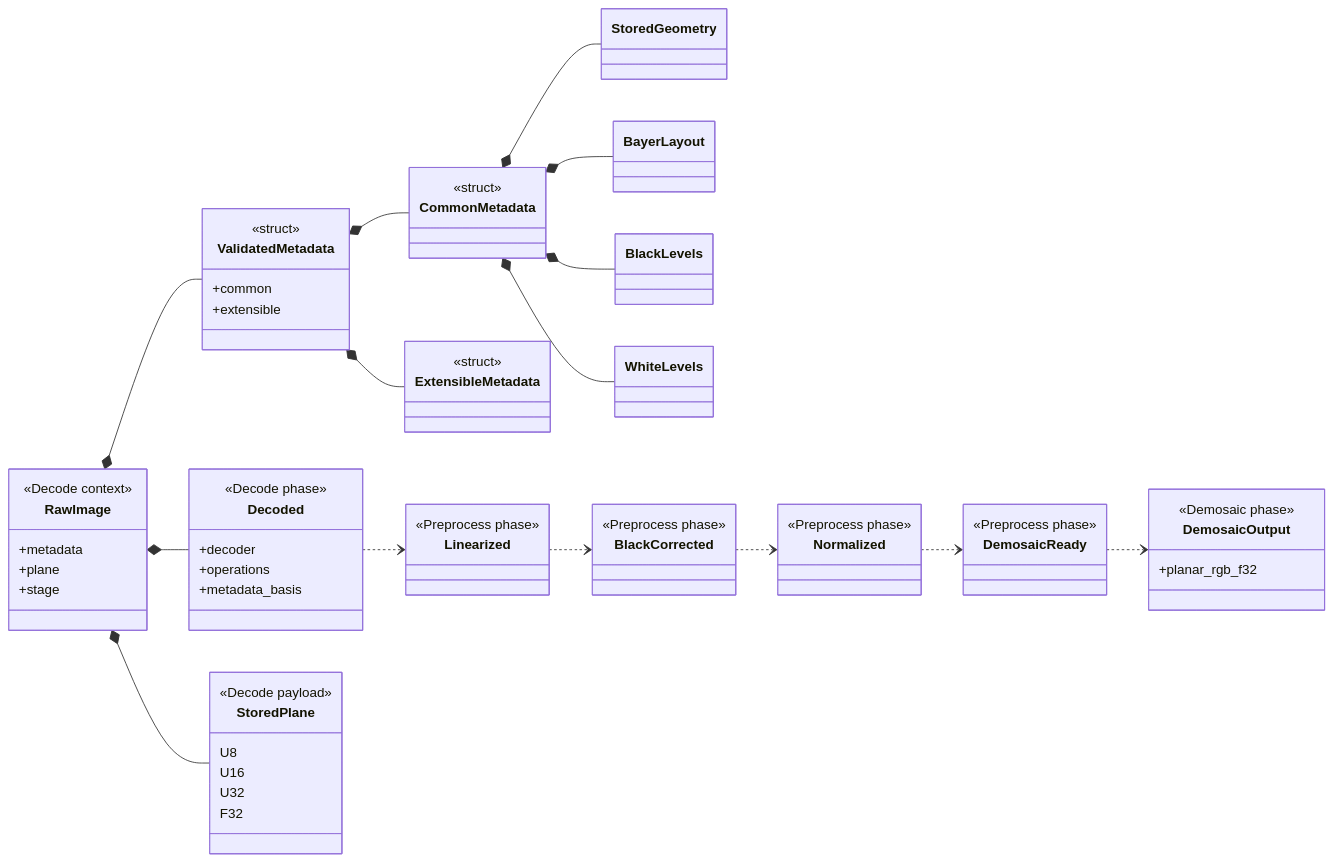
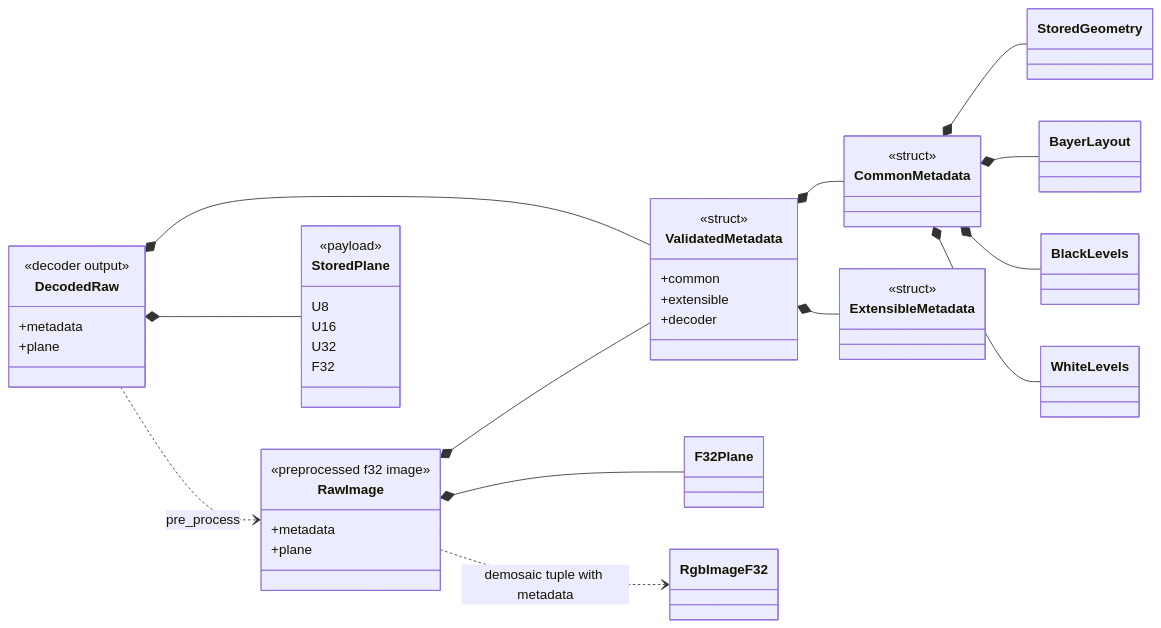
One commit to Glatzel/fornax changed the diagram in docs/raw-pipeline/raw-image-struct.md. Above: the diagram before and after it, drawn with Mermaid. The commit also changed other lines of this file and 67 other files, not shown here.

````diff
--- a/docs/raw-pipeline/raw-image-struct.md
+++ b/docs/raw-pipeline/raw-image-struct.md
@@ -9,69 +9,50 @@
 ```mermaid
 classDiagram
     direction LR
-    class RawImage {
-        <<Decode context>>
+    class DecodedRaw {
+        <<decoder output>>
         +metadata
         +plane
-        +stage
+    }
+    class RawImage {
+        <<preprocessed f32 image>>
+        +metadata
+        +plane
     }
     class ValidatedMetadata {
         <<struct>>
         +common
         +extensible
+        +decoder
     }
     class CommonMetadata {
         <<struct>>
     }
     class ExtensibleMetadata {
         <<struct>>
     }
     class StoredGeometry
     class BayerLayout
     class BlackLevels
     class WhiteLevels
-    class Decoded {
-        <<Decode phase>>
-        +decoder
-        +operations
-        +metadata_basis
-    }
     class StoredPlane {
-        <<Decode payload>>
+        <<payload>>
         U8
         U16
         U32
         F32
     }
-    class Linearized {
-        <<Preprocess phase>>
-    }
-    class BlackCorrected {
-        <<Preprocess phase>>
-    }
-    class Normalized {
-        <<Preprocess phase>>
-    }
-    class DemosaicReady {
-        <<Preprocess phase>>
-    }
-    class DemosaicOutput {
-        <<Demosaic phase>>
-        +planar_rgb_f32
-    }
 
+    DecodedRaw *-- ValidatedMetadata
+    DecodedRaw *-- StoredPlane
     RawImage *-- ValidatedMetadata
-    RawImage *-- StoredPlane
-    RawImage *-- Decoded
+    RawImage *-- F32Plane
     ValidatedMetadata *-- CommonMetadata
     ValidatedMetadata *-- ExtensibleMetadata
     CommonMetadata *-- StoredGeometry
     CommonMetadata *-- BayerLayout
     CommonMetadata *-- BlackLevels
     CommonMetadata *-- WhiteLevels
-    Decoded ..> Linearized
-    Linearized ..> BlackCorrected
-    BlackCorrected ..> Normalized
-    Normalized ..> DemosaicReady
-    DemosaicReady ..> DemosaicOutput
+    DecodedRaw ..> RawImage : pre_process
+    RawImage ..> RgbImageF32 : demosaic tuple with metadata
 ```
````
